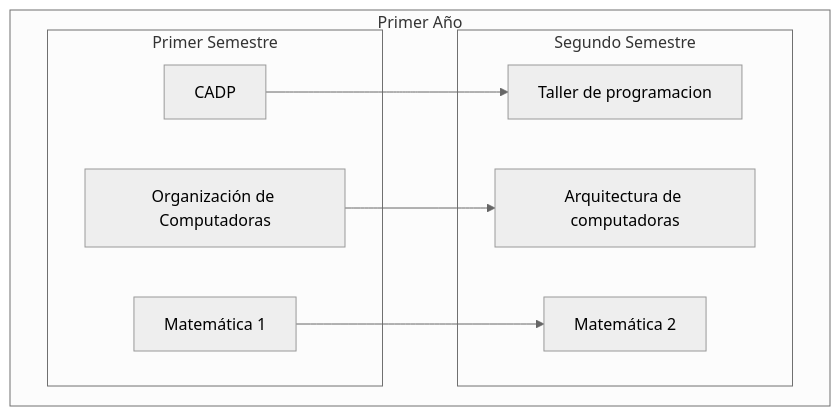
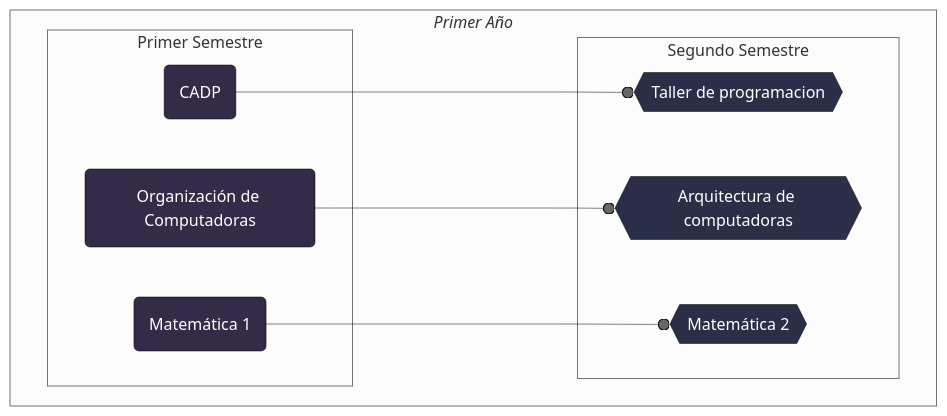
One commit to FrancoBanis/facultadInformatica-unlp changed the diagram in primero/listadoMaterias.md. Above: the diagram before and after it, drawn with Mermaid (neutral theme). The commit also changed other lines of this file, not shown here.

Commit message:
Se agrego un diagrama hecho con mermaid.

````diff
--- a/primero/listadoMaterias.md
+++ b/primero/listadoMaterias.md
@@ -12,18 +2,26 @@
 ``` mermaid
-    flowchart TD
-    subgraph Primer Año
-    subgraph Primer Semestre   
-        A[CADP]
-        B[Organización de Computadoras]
-        C[Matemática 1]
+    flowchart TB
+     subgraph "`*Primer Año*`"
+        subgraph Primer Semestre
+            A(CADP):::clasePrimer
+            B(Organización de Computadoras):::clasePrimer
+            C(Matemática 1):::clasePrimer
+        end
+        subgraph Segundo Semestre
+            D{{Taller de programacion}}:::claseSegundo
+            E{{Arquitectura de computadoras}}:::claseSegundo
+            F{{Matemática 2}}:::claseSegundo
+        end
     end
-    subgraph Segundo Semestre
-        D[Taller de programacion]
-        E[Arquitectura de computadoras]
-        F[Matemática 2]
-    end
-    A --> D
-    B --> E
-    C --> F 
-    end
+    %% Conectores %%
+    A ----o D
+    B ---o E
+    C ---o F 
+    
+
+    %% Estilo %%
+    linkStyle default stroke-width:0.5px,stroke:black
+    classDef clasePrimer fill:#332B47,stroke:#000,stroke-width:0.5px,color:#fff
+    classDef claseSegundo fill:#2B2E47,stroke:#000,stroke-width:0.5px,color:#fff
+    
 ```
````
